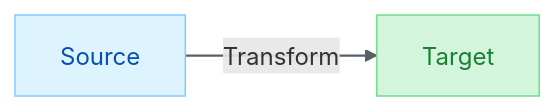
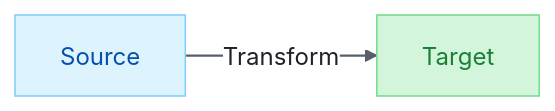
The diagram in .github/skills/markdown-mermaid/SKILL.md (fabioc-aloha/alex-cognitive-architecture), drawn with Mermaid before and after one commit. The commit also changed 153 other files, not shown here.

````diff
--- a/.github/skills/markdown-mermaid/SKILL.md
+++ b/.github/skills/markdown-mermaid/SKILL.md
@@ -592,9 +592,10 @@
 ```mermaid
+%%{init: {'theme': 'base', 'themeVariables': {'lineColor': '#57606a', 'primaryColor': '#ddf4ff', 'primaryBorderColor': '#0969da', 'primaryTextColor': '#1f2328', 'edgeLabelBackground': '#ffffff'}}}%%
 flowchart LR
-    A[Source] --> |Transform| B[Target]
-    
-    style A fill:#ddf4ff,color:#0550ae,stroke:#80ccff
-    style B fill:#d3f5db,color:#1a7f37,stroke:#6fdd8b
-    
+    A[Source]:::blue -->|Transform| B[Target]:::green
+
+    classDef blue fill:#ddf4ff,color:#0550ae,stroke:#80ccff
+    classDef green fill:#d3f5db,color:#1a7f37,stroke:#6fdd8b
+
     linkStyle default stroke:#57606a,stroke-width:1.5px
 ```
````
